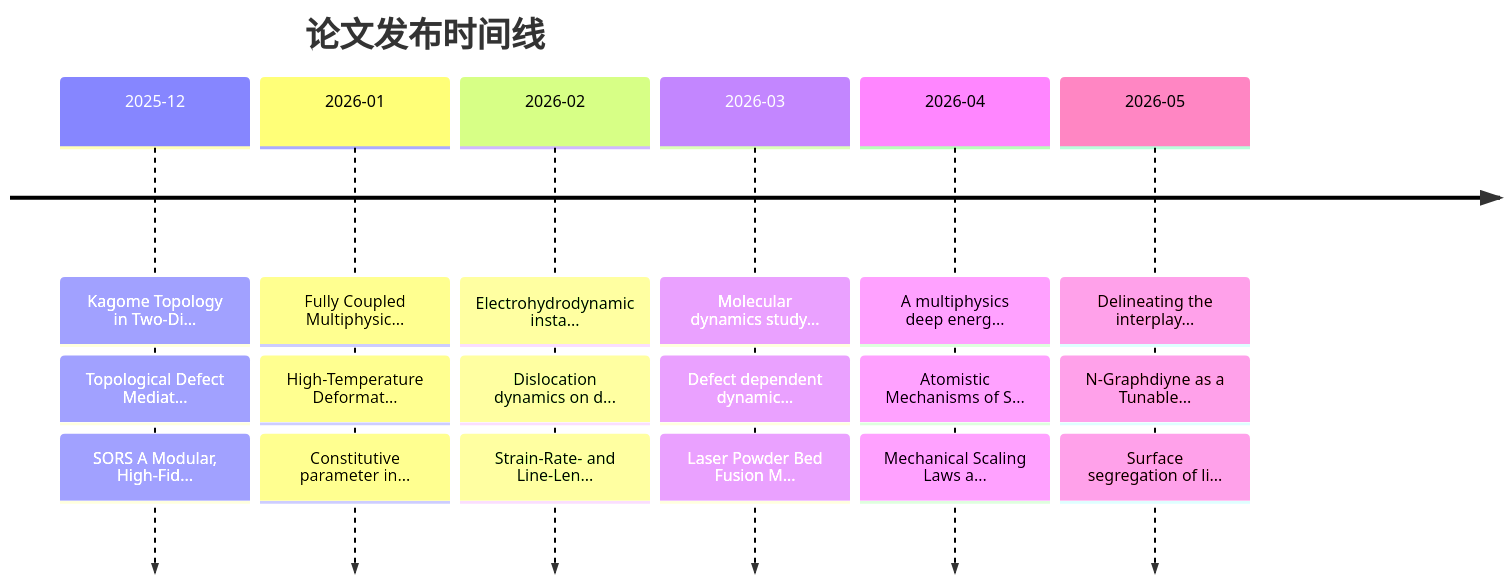
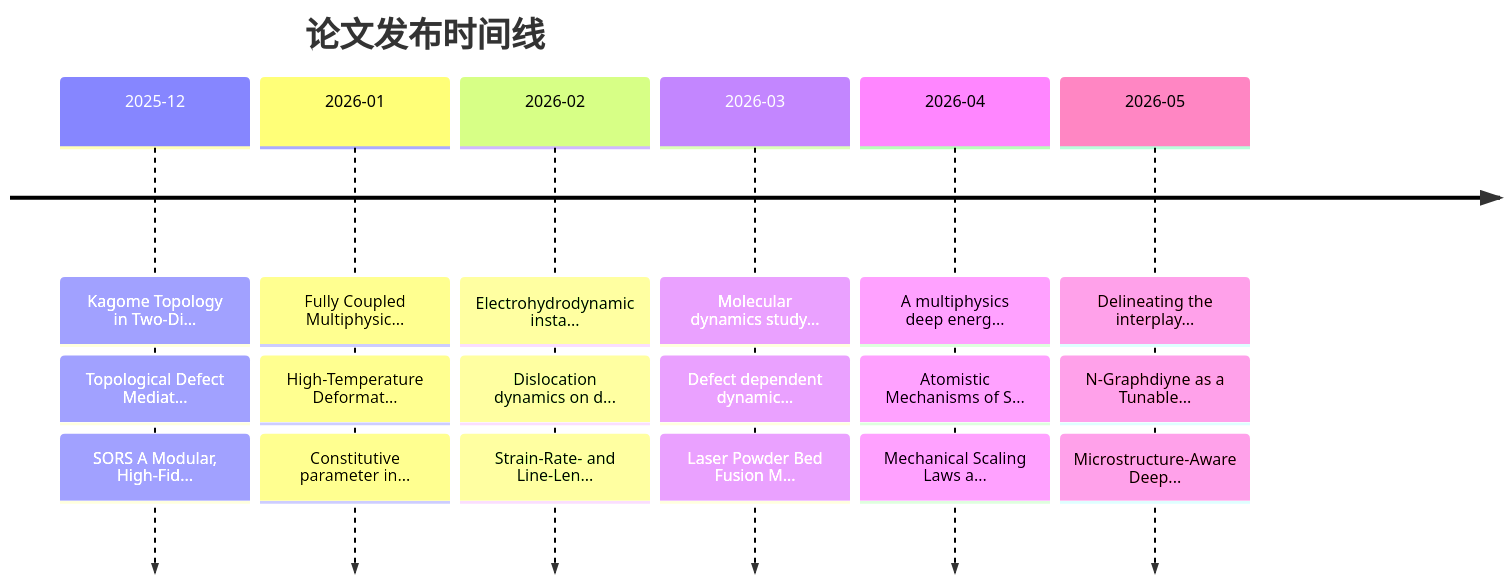
Before and after one commit to Shirakawa11111/BJK_readpaper: the second of 2 diagrams in README.md, drawn with Mermaid. The commit also changed other lines of this file and 11 other files, not shown here.

````diff
--- a/README.md
+++ b/README.md
@@ -206,10 +206,10 @@
 ```mermaid
 timeline
     title 论文发布时间线
     2025-12 : Kagome Topology in Two-Di... : Topological Defect Mediat... : SORS A Modular, High-Fid...
     2026-01 : Fully Coupled Multiphysic... : High-Temperature Deformat... : Constitutive parameter in...
     2026-02 : Electrohydrodynamic insta... : Dislocation dynamics on d... : Strain-Rate- and Line-Len...
     2026-03 : Molecular dynamics study... : Defect dependent dynamic... : Laser Powder Bed Fusion M...
     2026-04 : A multiphysics deep energ... : Atomistic Mechanisms of S... : Mechanical Scaling Laws a...
-    2026-05 : Delineating the interplay... : N-Graphdiyne as a Tunable... : Surface segregation of li...
+    2026-05 : Delineating the interplay... : N-Graphdiyne as a Tunable... : Microstructure-Aware Deep...
 ```
````
